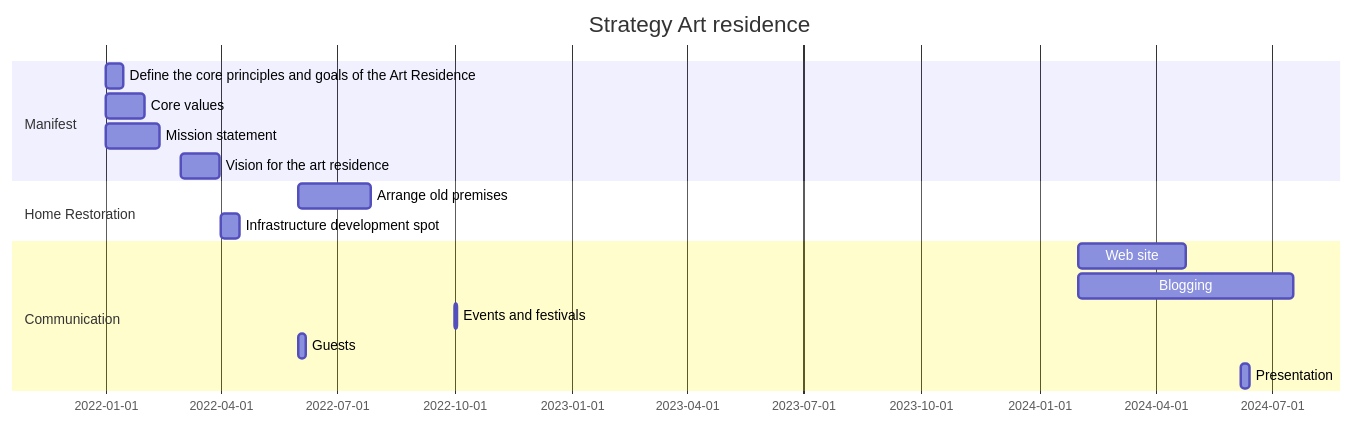
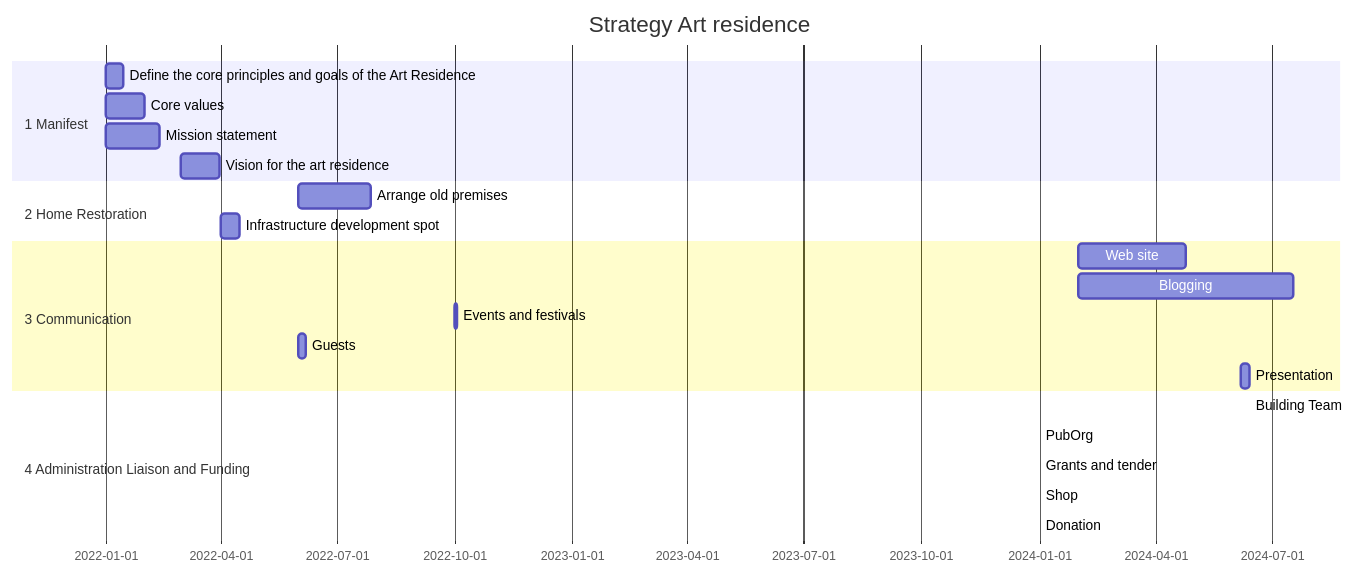
Before and after one commit to Yarema91/Blockscheme-: the second of 2 diagrams in Flowchart-Timeline.md, drawn with Mermaid.

````diff
--- a/Flowchart-Timeline.md
+++ b/Flowchart-Timeline.md
@@ -49,20 +49,25 @@
 ```mermaid
 gantt
   title Strategy Art residence
   dateFormat YYYY
-  section Manifest
+  section 1 Manifest
     Define the core principles and goals of the Art Residence:2022-01-01, 14d
      Core values: 2022-01-01, 30d
     Mission statement: 2022-01-01, 6w
     Vision for the art residence: 2022-03-01, 30d
-  section Home Restoration
+  section 2 Home Restoration
     Arrange old premises :  2022-06-01, 8w
     Infrastructure development spot: 2022-04-01, 15d
-  section Communication
-  Web site:  2024-02-01, 12w
-  Blogging: 2024-02-01, 24w
-  Events and festivals: 2022-10-01, 2d
-   Guests: 2022-06-01, 5d
-   Presentation: 2024-06-07, 1w
-   section Communication
+  section 3 Communication
+    Web site:  2024-02-01, 12w
+    Blogging: 2024-02-01, 24w
+    Events and festivals: 2022-10-01, 2d
+    Guests: 2022-06-01, 5d
+    Presentation: 2024-06-07, 1w
+   section 4 Administration Liaison and Funding
+     Building Team: 2024-01-01
+     PubOrg: 2024
+     Grants and tender: 2024-09
+     Shop: 2024-10
+     Donation: 2024-02
 ```
````
